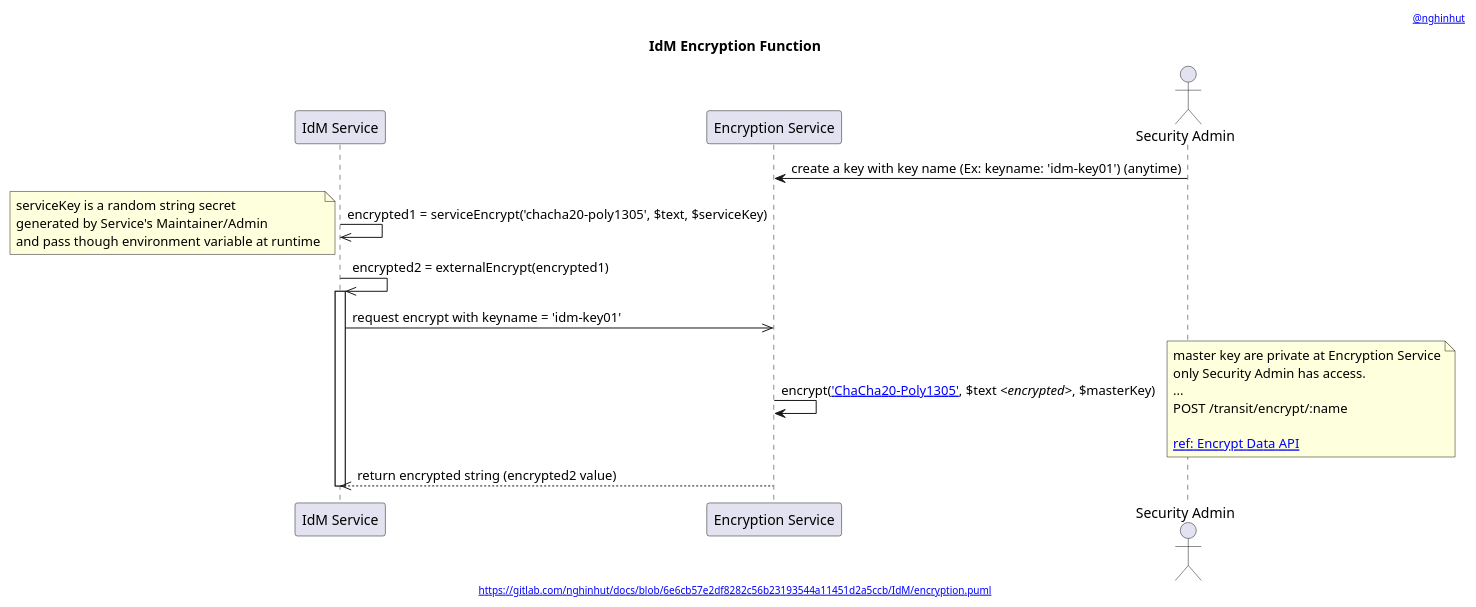
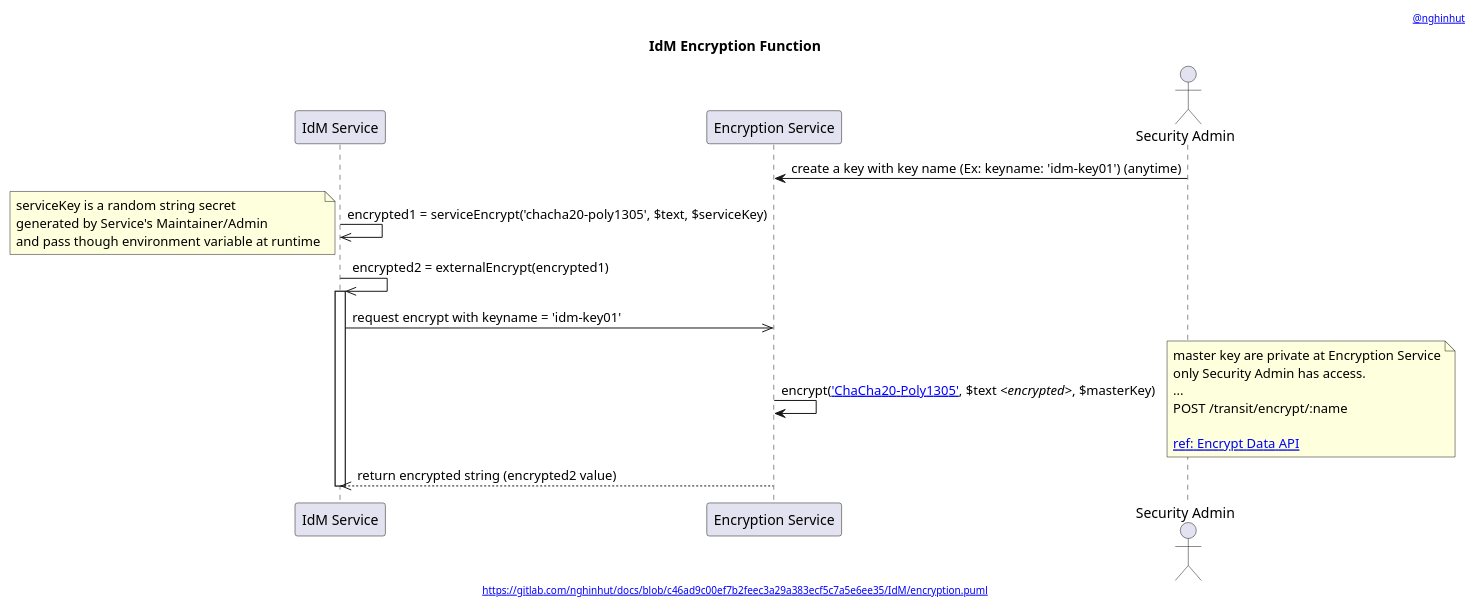
One commit to nghinhut/docs changed the diagram in IdM/encryption.function.puml. Above: the diagram before and after it, drawn with PlantUML. The commit also changed 37 other files, not shown here.

```diff
--- a/IdM/encryption.function.puml
+++ b/IdM/encryption.function.puml
@@ -1,35 +1,35 @@
 @startuml
 '-----START auto generated metadata please keep comment here to allow auto update-----
 '-----DON'T EDIT THIS SECTION, INSTEAD RE-RUN prebuild.sh TO UPDATE-----
-header [[https://www.nghinhut.dev?from=http%5C%3A%5C%2F%5C%2Fwww%5C.plantuml%5C.com%5C%2Fplantuml%5C%2Fproxy%3Ffmt%3Dsvg%5C%26src%3Dhttps%5C%3A%5C%2F%5C%2Fgitlab%5C.com%5C%2Fnghinhut%5C%2Fdocs%5C%2Fraw%5C%2F6e6cb57e2df8282c56b23193544a11451d2a5ccb%5C%2FIdM%5C%2Fencryption%5C.puml%0A @nghinhut]]
-footer [[http://www.plantuml.com/plantuml/proxy?fmt=svg&src=https://gitlab.com/nghinhut/docs/raw/6e6cb57e2df8282c56b23193544a11451d2a5ccb/IdM/encryption.puml https://gitlab.com/nghinhut/docs/blob/6e6cb57e2df8282c56b23193544a11451d2a5ccb/IdM/encryption.puml]]
+header [[https://www.nghinhut.dev?from=http%5C%3A%5C%2F%5C%2Fwww%5C.plantuml%5C.com%5C%2Fplantuml%5C%2Fproxy%3Ffmt%3Dsvg%5C%26src%3Dhttps%5C%3A%5C%2F%5C%2Fgitlab%5C.com%5C%2Fnghinhut%5C%2Fdocs%5C%2Fraw%5C%2Fc46ad9c00ef7b2feec3a29a383ecf5c7a5e6ee35%5C%2FIdM%5C%2Fencryption%5C.puml%0A @nghinhut]]
+footer [[http://www.plantuml.com/plantuml/proxy?fmt=svg&src=https://gitlab.com/nghinhut/docs/raw/c46ad9c00ef7b2feec3a29a383ecf5c7a5e6ee35/IdM/encryption.puml https://gitlab.com/nghinhut/docs/blob/c46ad9c00ef7b2feec3a29a383ecf5c7a5e6ee35/IdM/encryption.puml]]
 '-----END auto generated metadata please keep comment here to allow auto update-----
 title IdM Encryption Function
 participant "IdM Service" as idm
 participant "Encryption Service" as es
 actor "Security Admin" as esAdmin
 
 es <- esAdmin : create a key with key name (Ex: keyname: 'idm-key01') (anytime)
 
 idm ->> idm : encrypted1 = serviceEncrypt('chacha20-poly1305', $text, $serviceKey)
 note left
     serviceKey is a random string secret
     generated by Service's Maintainer/Admin
     and pass though environment variable at runtime
 end note
 
 idm ->> idm : encrypted2 = externalEncrypt(encrypted1)
 activate idm
     idm ->> es : request encrypt with keyname = 'idm-key01'
         es -> es : encrypt([[https://www.vaultproject.io/docs/secrets/transit/index.html#chacha20-poly1305{ChaCha20-Poly1305 with a 256-bit key} 'ChaCha20-Poly1305']], $text //<encrypted>//, $masterKey)
         note right
             master key are private at Encryption Service
             only Security Admin has access.
             ...
             POST /transit/encrypt/:name
 
             [[https://www.vaultproject.io/api/secret/transit/index.html#encrypt-data ref: Encrypt Data API]]
         end note
     idm <<-- es : return encrypted string (encrypted2 value)
 deactivate idm
 @enduml
```
